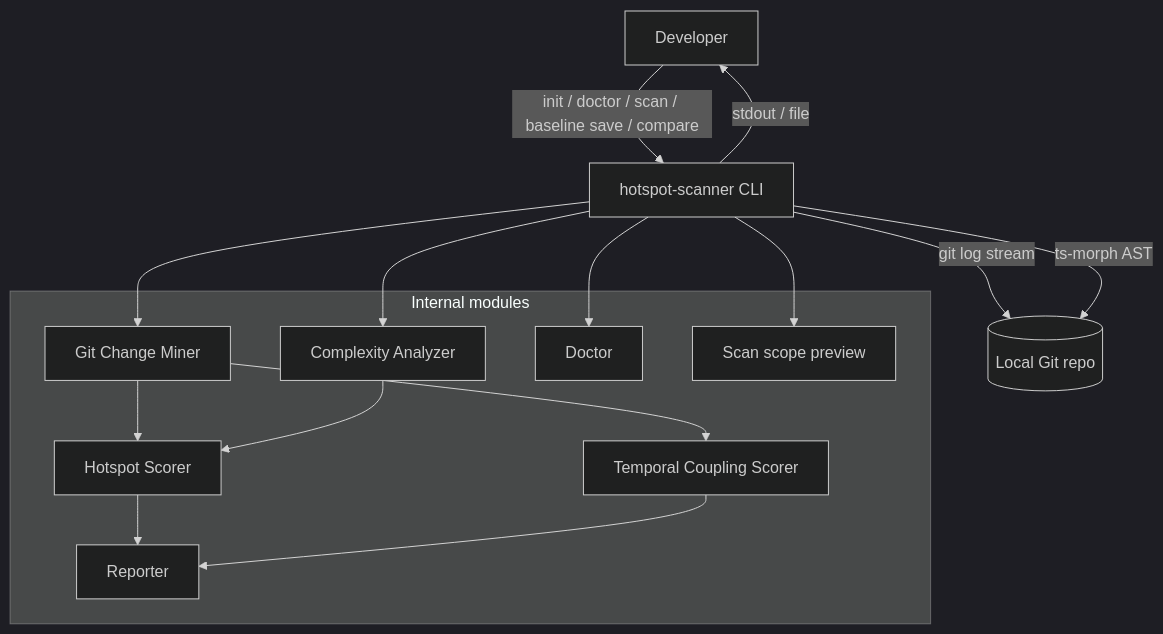
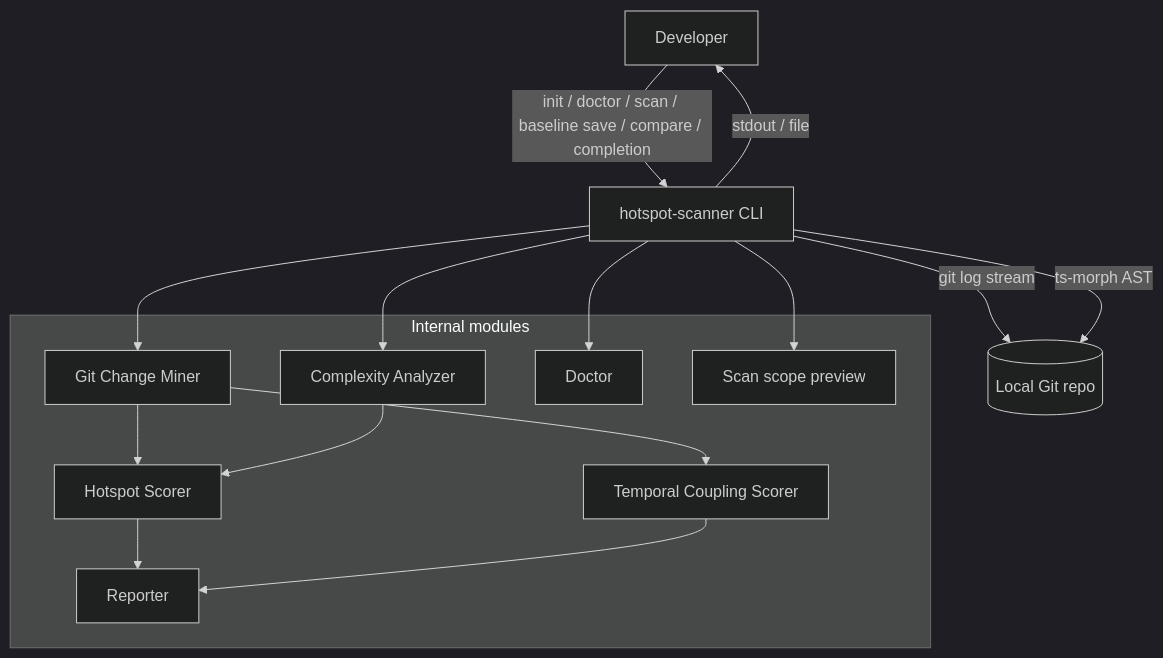
Before and after one commit to AlanTaranti/hotspot-scanner: the first of 3 diagrams in .specs/codebase/ARCHITECTURE.md, drawn with Mermaid (dark theme). The commit also changed other lines of this file and 117 other files, not shown here.

````diff
--- a/.specs/codebase/ARCHITECTURE.md
+++ b/.specs/codebase/ARCHITECTURE.md
@@ -5,31 +5,31 @@
 ```mermaid
 flowchart TB
   Dev[Developer]
   CLI[hotspot-scanner CLI]
   Repo[(Local Git repo)]
 
-  Dev -->|"init / doctor / scan / baseline save / compare"| CLI
+  Dev -->|"init / doctor / scan / baseline save / compare / completion"| CLI
   CLI -->|"git log stream"| Repo
   CLI -->|"ts-morph AST"| Repo
   CLI -->|"stdout / file"| Dev
 
   subgraph internal [Internal modules]
     GitMiner[Git Change Miner]
     Complexity[Complexity Analyzer]
     Hotspot[Hotspot Scorer]
     Coupling[Temporal Coupling Scorer]
     Reporter[Reporter]
     Doctor[Doctor]
     ScanPreview[Scan scope preview]
   end
 
   CLI --> Doctor
   CLI --> ScanPreview
   CLI --> GitMiner
   CLI --> Complexity
   GitMiner --> Hotspot
   GitMiner --> Coupling
   Complexity --> Hotspot
   Hotspot --> Reporter
   Coupling --> Reporter
 ```
````
